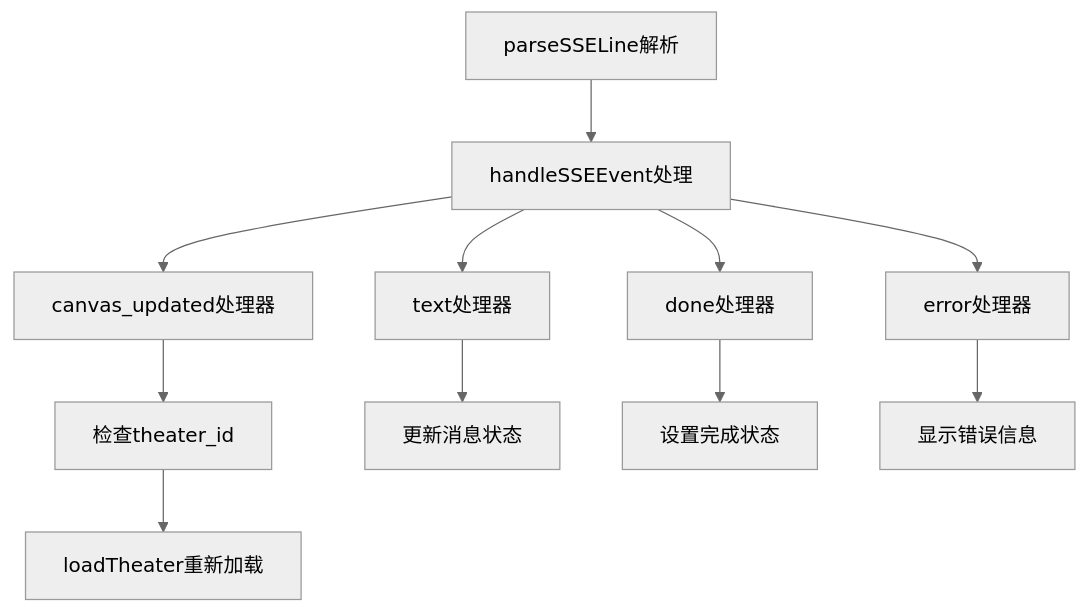
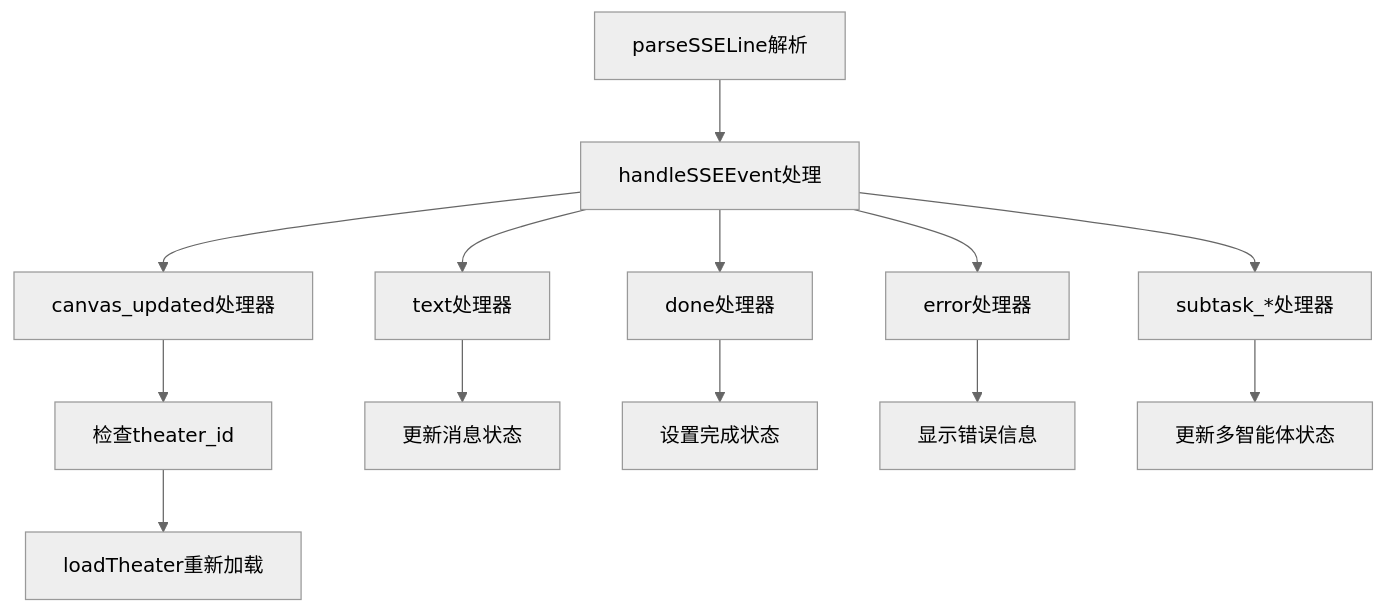
Before and after one commit to KunLabAI/KunFlix: the ninth of 16 diagrams in .qoder/repowiki/zh/content/后端开发指南/API路由系统/聊天交互API.md, drawn with Mermaid (neutral theme). The commit also changed other lines of this file and 29 other files, not shown here.

````diff
--- a/.qoder/repowiki/zh/content/后端开发指南/API路由系统/聊天交互API.md
+++ b/.qoder/repowiki/zh/content/后端开发指南/API路由系统/聊天交互API.md
@@ -349,13 +436,15 @@
 ```mermaid
 flowchart TD
 ParseLine["parseSSELine解析"] --> HandleEvent["handleSSEEvent处理"]
 HandleEvent --> TextHandler["text处理器"]
 HandleEvent --> CanvasHandler["canvas_updated处理器"]
 HandleEvent --> DoneHandler["done处理器"]
 HandleEvent --> ErrorHandler["error处理器"]
+HandleEvent --> SubtaskHandlers["subtask_*处理器"]
 CanvasHandler --> CheckTheater["检查theater_id"]
 CheckTheater --> LoadTheater["loadTheater重新加载"]
 TextHandler --> UpdateMessages["更新消息状态"]
 DoneHandler --> SetComplete["设置完成状态"]
 ErrorHandler --> ShowError["显示错误信息"]
+SubtaskHandlers --> UpdateMultiAgent["更新多智能体状态"]
 ```
````
